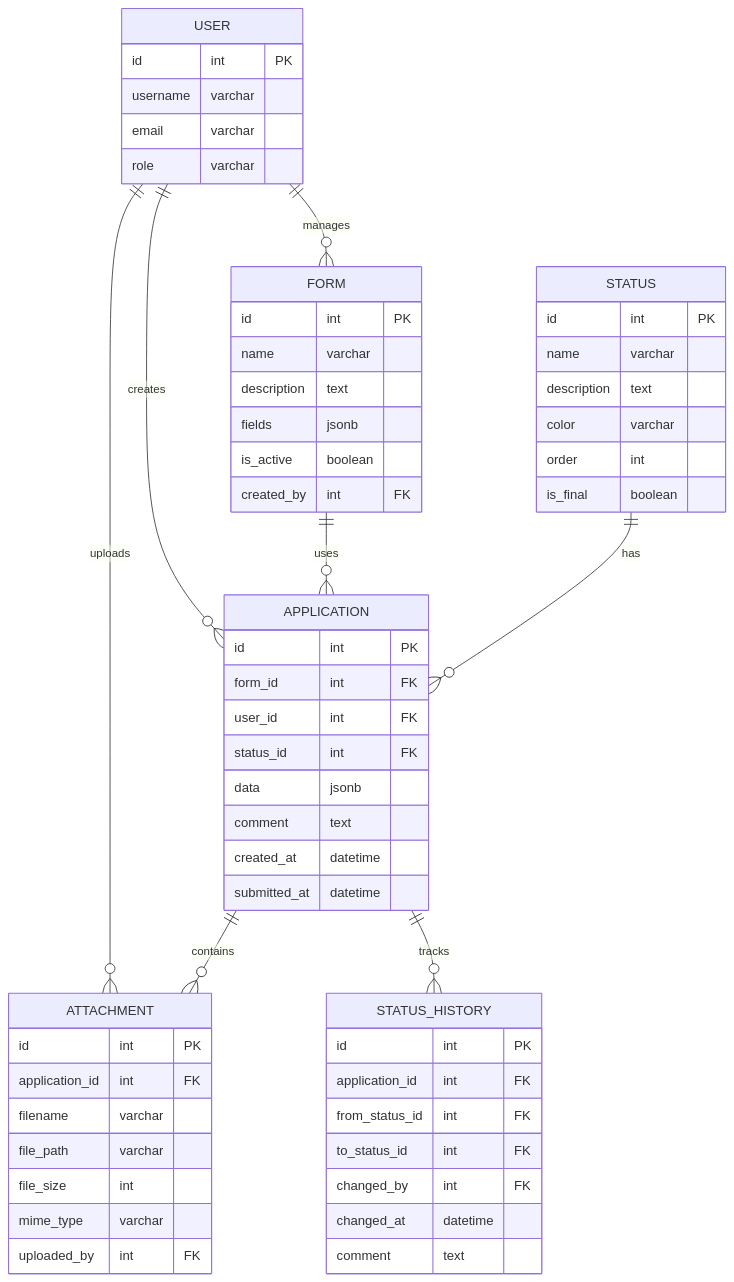
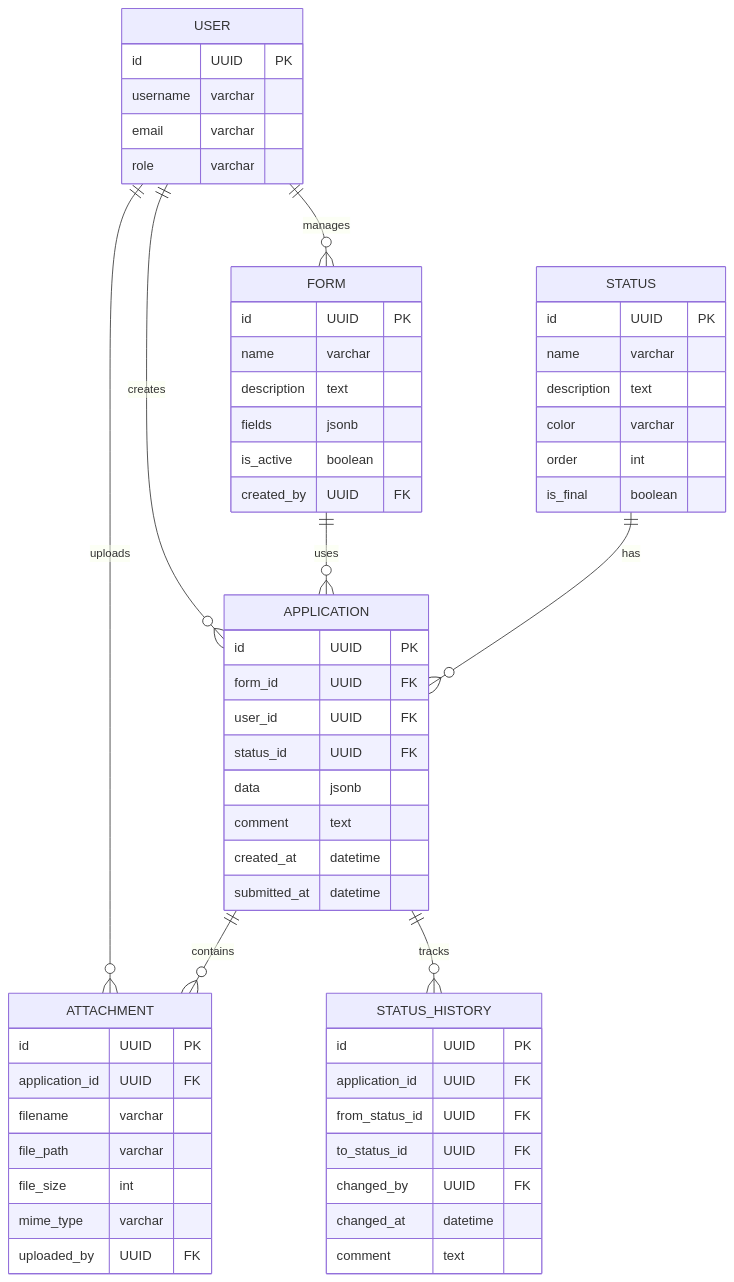
Before and after one commit to gleb7499/WT-AC-2025-CourseWork-Guys: the diagram in R1_DataModel_and_API.md, drawn with Mermaid. The commit also changed other lines of this file, not shown here.

Commit message:
Fix code review issues: add StatusHistory entity, fix UUID types, update example date

````diff
--- a/R1_DataModel_and_API.md
+++ b/R1_DataModel_and_API.md
@@ -250,61 +263,61 @@
 ```mermaid
 erDiagram
     USER ||--o{ APPLICATION : creates
     USER ||--o{ FORM : manages
     USER ||--o{ ATTACHMENT : uploads
     FORM ||--o{ APPLICATION : uses
     STATUS ||--o{ APPLICATION : has
     APPLICATION ||--o{ ATTACHMENT : contains
     APPLICATION ||--o{ STATUS_HISTORY : tracks
 
     USER {
-      id int PK
+      id UUID PK
       username varchar
       email varchar
       role varchar
     }
     FORM {
-      id int PK
+      id UUID PK
       name varchar
       description text
       fields jsonb
       is_active boolean
-      created_by int FK
+      created_by UUID FK
     }
     STATUS {
-      id int PK
+      id UUID PK
       name varchar
       description text
       color varchar
       order int
       is_final boolean
     }
     APPLICATION {
-      id int PK
-      form_id int FK
-      user_id int FK
-      status_id int FK
+      id UUID PK
+      form_id UUID FK
+      user_id UUID FK
+      status_id UUID FK
       data jsonb
       comment text
       created_at datetime
       submitted_at datetime
     }
     ATTACHMENT {
-      id int PK
-      application_id int FK
+      id UUID PK
+      application_id UUID FK
       filename varchar
       file_path varchar
       file_size int
       mime_type varchar
-      uploaded_by int FK
+      uploaded_by UUID FK
     }
     STATUS_HISTORY {
-      id int PK
-      application_id int FK
-      from_status_id int FK
-      to_status_id int FK
-      changed_by int FK
+      id UUID PK
+      application_id UUID FK
+      from_status_id UUID FK
+      to_status_id UUID FK
+      changed_by UUID FK
       changed_at datetime
       comment text
     }
 ```
````
